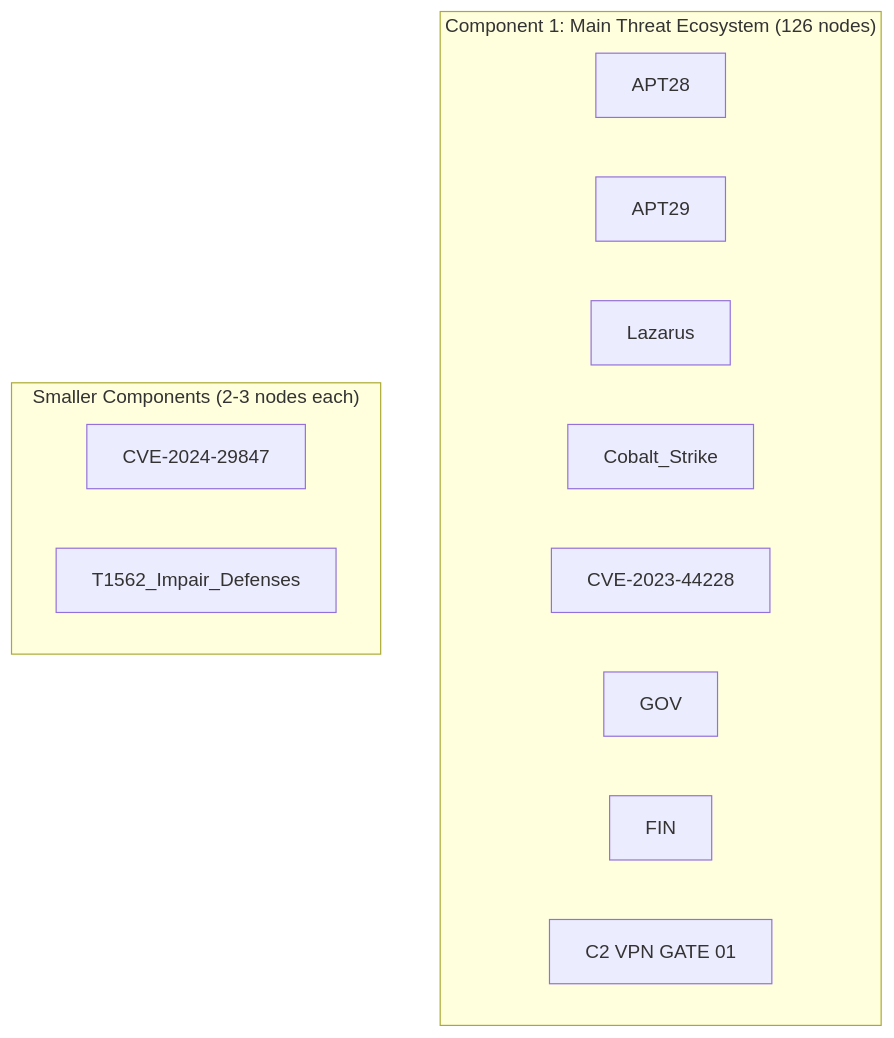
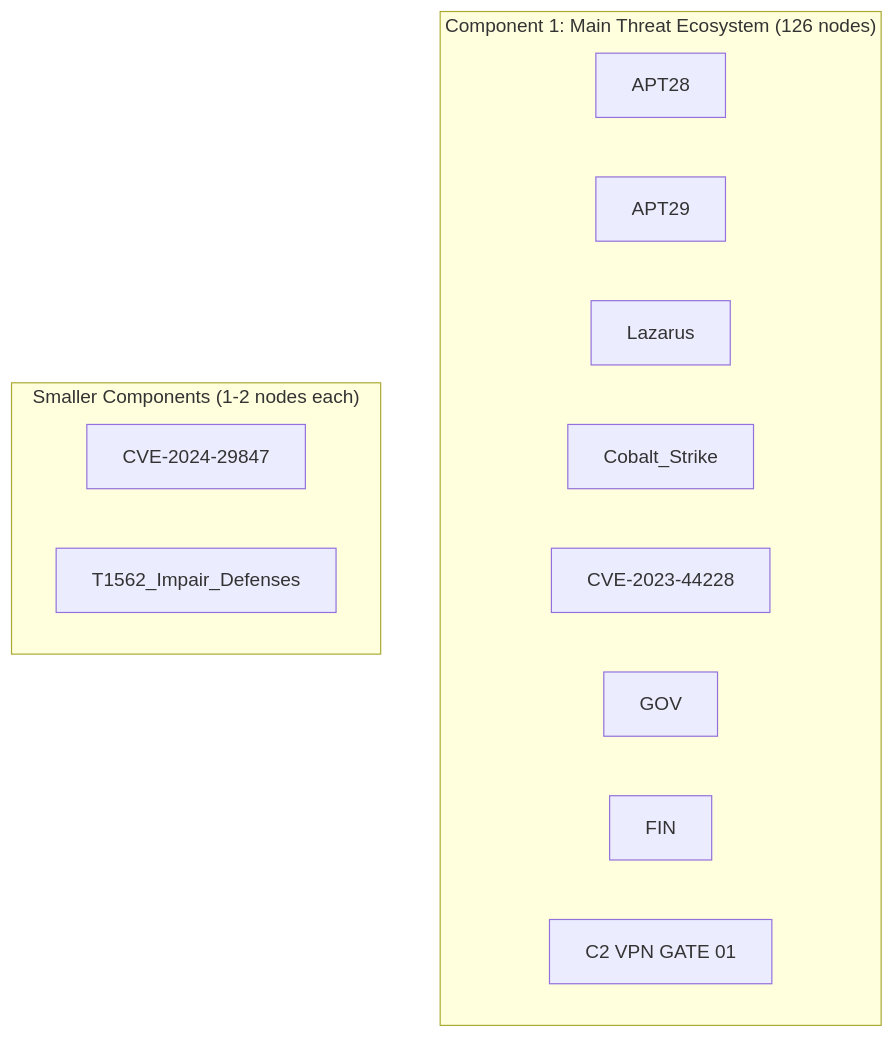
One commit to antquinonez/Hyper3 changed the sixth of 6 diagrams in examples/showcase/threat_intelligence/README.md. Above: the diagram before and after it, drawn with Mermaid. The commit also changed other lines of this file and 11 other files, not shown here.

````diff
--- a/examples/showcase/threat_intelligence/README.md
+++ b/examples/showcase/threat_intelligence/README.md
@@ -341,18 +344,18 @@
 ```mermaid
 graph TD
     subgraph "Component 1: Main Threat Ecosystem (126 nodes)"
         APT28["APT28"]
         APT29["APT29"]
         Lazarus["Lazarus"]
         CS["Cobalt_Strike"]
         CVE["CVE-2023-44228"]
         GOV["GOV"]
         FIN["FIN"]
         C2["C2 VPN GATE 01"]
     end
 
-    subgraph "Smaller Components (2-3 nodes each)"
+    subgraph "Smaller Components (1-2 nodes each)"
         APT41["CVE-2024-29847"]
         ShadowPad["T1562_Impair_Defenses"]
     end
 ```
````
